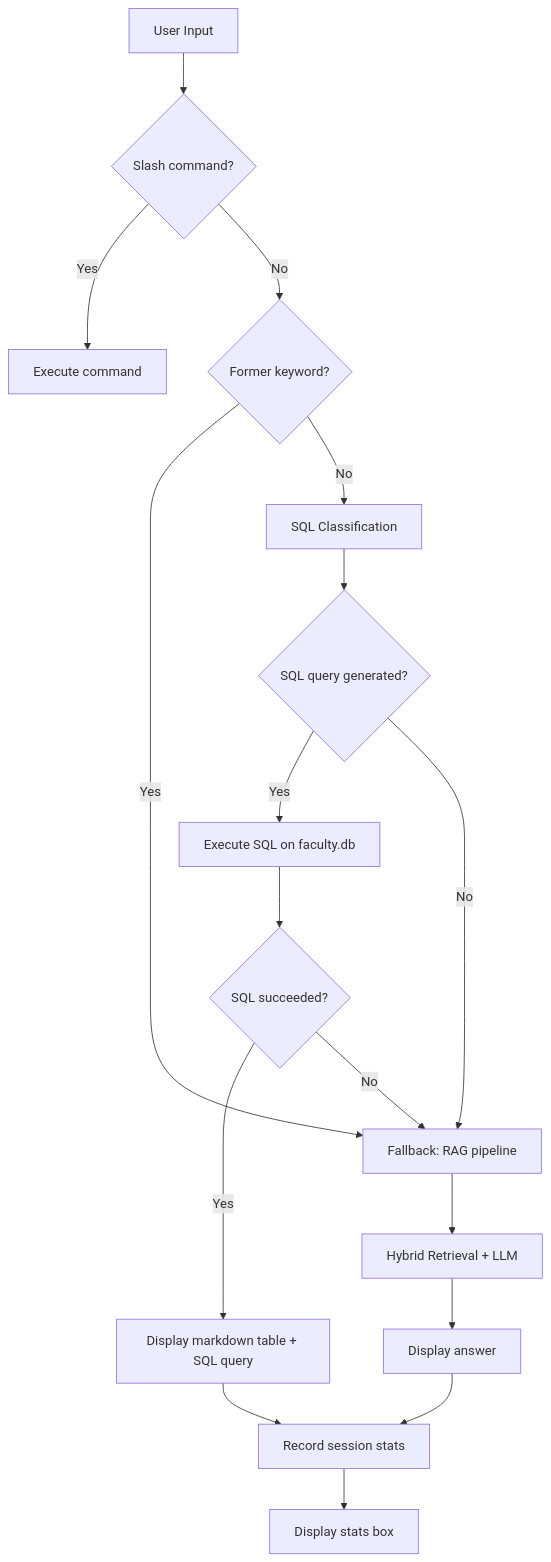
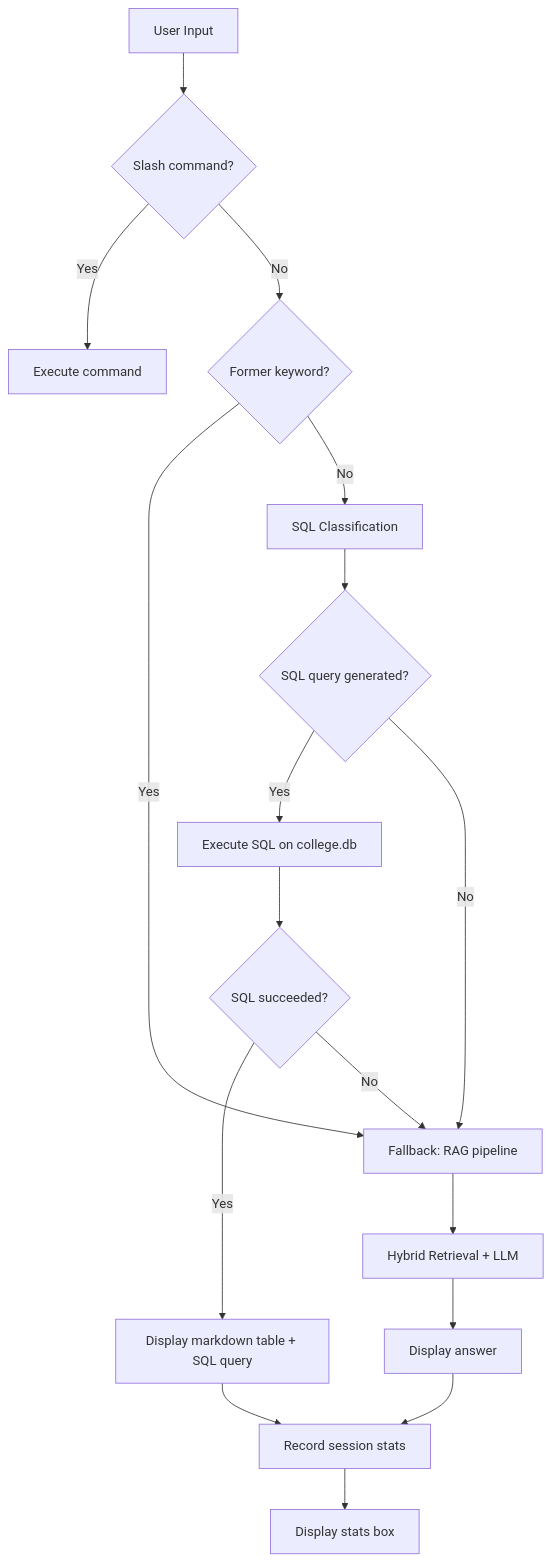
Before and after one commit to arxhr007/sahrdaya_ragx: diagram 15 of 17 in WORKING.md, drawn with Mermaid. The commit also changed other lines of this file and 19 other files, not shown here.

````diff
--- a/WORKING.md
+++ b/WORKING.md
@@ -858,19 +861,19 @@
 ```mermaid
 flowchart TD
     A[User Input] --> B{Slash command?}
     B -->|Yes| C[Execute command]
     B -->|No| FM{Former keyword?}
     FM -->|Yes| I
     FM -->|No| D[SQL Classification]
     D --> E{SQL query generated?}
-    E -->|Yes| F[Execute SQL on faculty.db]
+    E -->|Yes| F[Execute SQL on college.db]
     F --> G{SQL succeeded?}
     G -->|Yes| H[Display markdown table + SQL query]
     G -->|No| I["Fallback: RAG pipeline"]
     E -->|No| I
     I --> J[Hybrid Retrieval + LLM]
     J --> K[Display answer]
     H --> L[Record session stats]
     K --> L
     L --> M[Display stats box]
 ```
````
